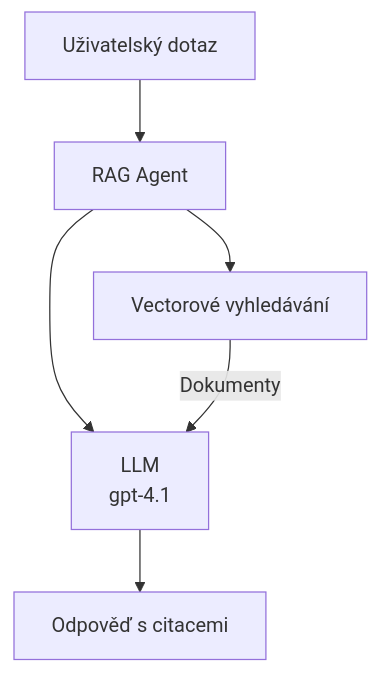
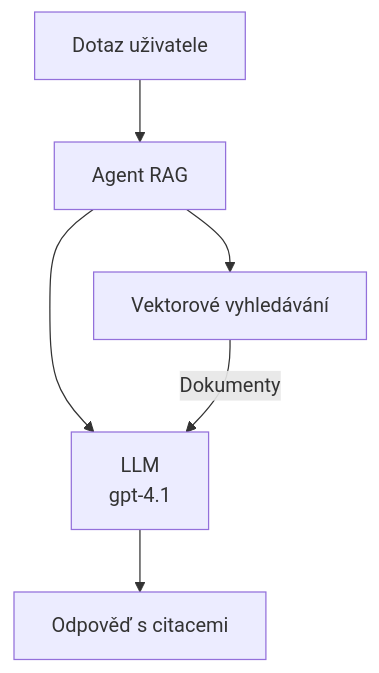
Before and after one commit to microsoft/AZD-for-beginners: the second of 3 diagrams in translations/cs/docs/chapter-02-ai-development/agents.md, drawn with Mermaid. The commit also changed other lines of this file and 104 other files, not shown here.

````diff
--- a/translations/cs/docs/chapter-02-ai-development/agents.md
+++ b/translations/cs/docs/chapter-02-ai-development/agents.md
@@ -175,8 +181,8 @@
 ```mermaid
 graph TD
-    Query[Uživatelský dotaz] --> RAG[RAG Agent]
-    RAG --> Vector[Vectorové vyhledávání]
+    Query[Dotaz uživatele] --> RAG[Agent RAG]
+    RAG --> Vector[Vektorové vyhledávání]
     RAG --> LLM[LLM<br/>gpt-4.1]
     Vector -- Dokumenty --> LLM
     LLM --> Response[Odpověď s citacemi]
-```  
+```
````
